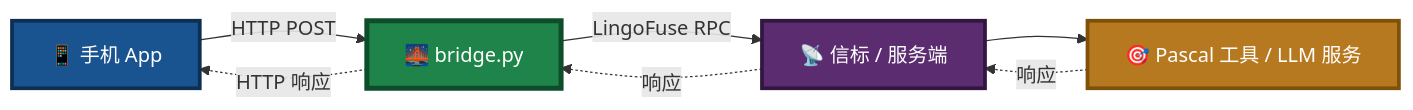
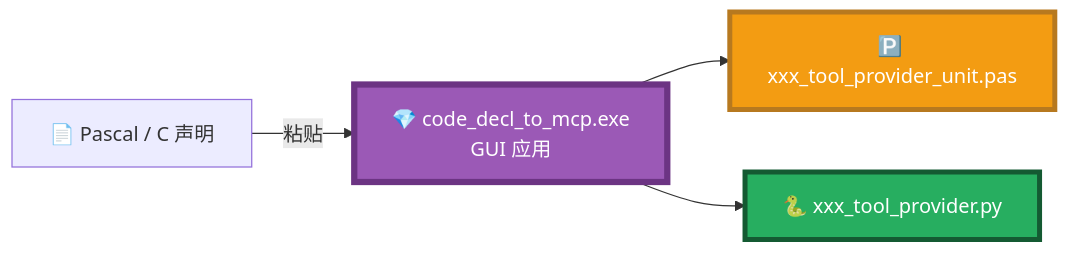
The sixth of 12 diagrams in Pascal_Integration_Guide.md (PassByYou888/LingoFuse-pasAgent-v3), drawn with Mermaid before and after one commit. The commit also changed other lines of this file, not shown here.

````diff
--- a/Pascal_Integration_Guide.md
+++ b/Pascal_Integration_Guide.md
@@ -675,14 +164,10 @@
 ```mermaid
 flowchart LR
-    A["📱 手机 App"] -->|"HTTP POST"| B["🌉 bridge.py"]
-    B -->|"LingoFuse RPC"| C["📡 信标 / 服务端"]
-    C --> D["🎯 Pascal 工具 / LLM 服务"]
-    D -.->|"响应"| C
-    C -.->|"响应"| B
-    B -.->|"HTTP 响应"| A
+    A["📄 Pascal / C 声明"] -->|"粘贴"| B["💎 code_decl_to_mcp.exe<br/>GUI 应用"]
+    B --> C1["🅿️ xxx_tool_provider_unit.pas"]
+    B --> C2["🐍 xxx_tool_provider.py"]
 
-    style A fill:#1A5490,stroke:#0D2F52,stroke-width:3px,color:#FFFFFF
-    style B fill:#1E8449,stroke:#0E4D2A,stroke-width:4px,color:#FFFFFF
-    style C fill:#5B2C6F,stroke:#321640,stroke-width:3px,color:#FFFFFF
-    style D fill:#B7791F,stroke:#7E5109,stroke-width:3px,color:#FFFFFF
+    style B fill:#9B59B6,stroke:#6C3483,stroke-width:5px,color:#FFFFFF
+    style C1 fill:#F39C12,stroke:#B7791F,stroke-width:4px,color:#FFFFFF
+    style C2 fill:#27AE60,stroke:#145A32,stroke-width:4px,color:#FFFFFF
 ```
````
